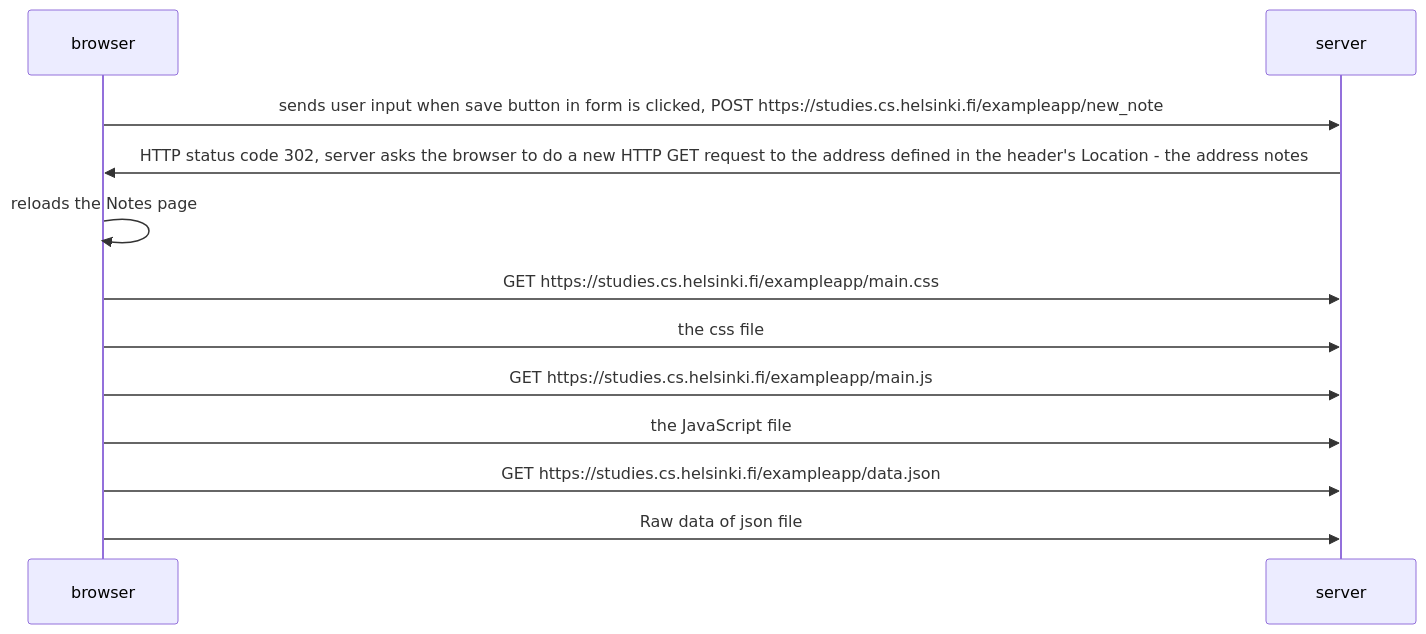
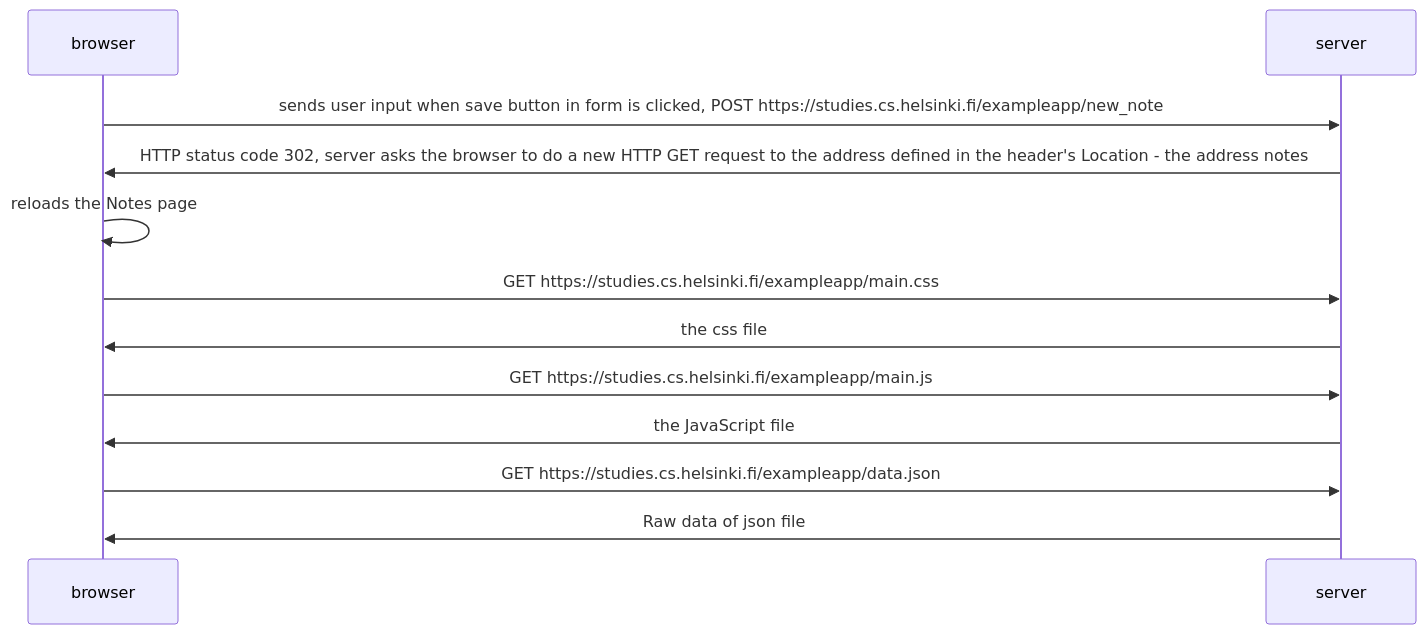
Before and after one commit to ARK2K/fullstackopen: the diagram in part0/new-note-diagram.md, drawn with Mermaid.

````diff
--- a/part0/new-note-diagram.md
+++ b/part0/new-note-diagram.md
@@ -1,14 +1,14 @@
 ```mermaid
 sequenceDiagram
     participant browser
     participant server
     browser->>server: sends user input when save button in form is clicked, POST https://studies.cs.helsinki.fi/exampleapp/new_note
     server->>browser: HTTP status code 302, server asks the browser to do a new HTTP GET request to the address defined in the header's Location - the address notes
     browser->>browser: reloads the Notes page
     browser->>server: GET https://studies.cs.helsinki.fi/exampleapp/main.css
-    browser->>server: the css file
+    server->>browser: the css file
     browser->>server: GET https://studies.cs.helsinki.fi/exampleapp/main.js
-    browser->>server: the JavaScript file
+    server->>browser: the JavaScript file
     browser->>server: GET https://studies.cs.helsinki.fi/exampleapp/data.json
-    browser->>server: Raw data of json file
+    server->>browser: Raw data of json file
 ```
````
